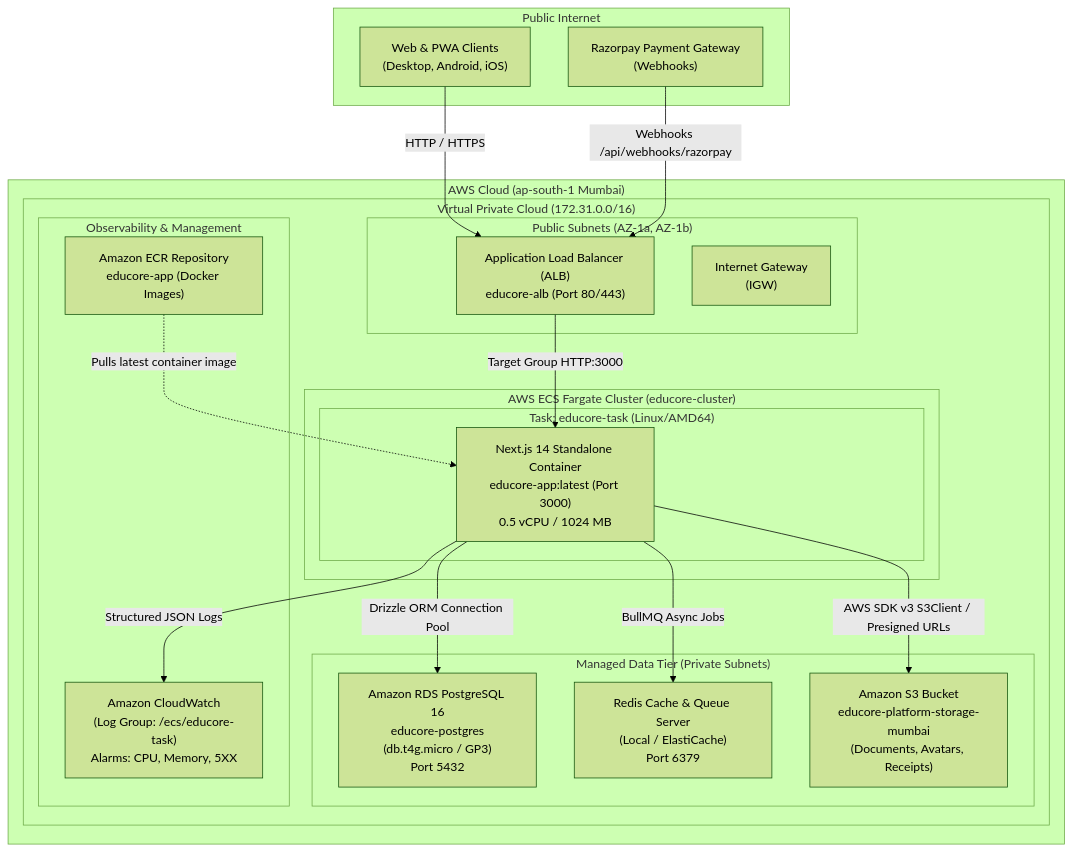
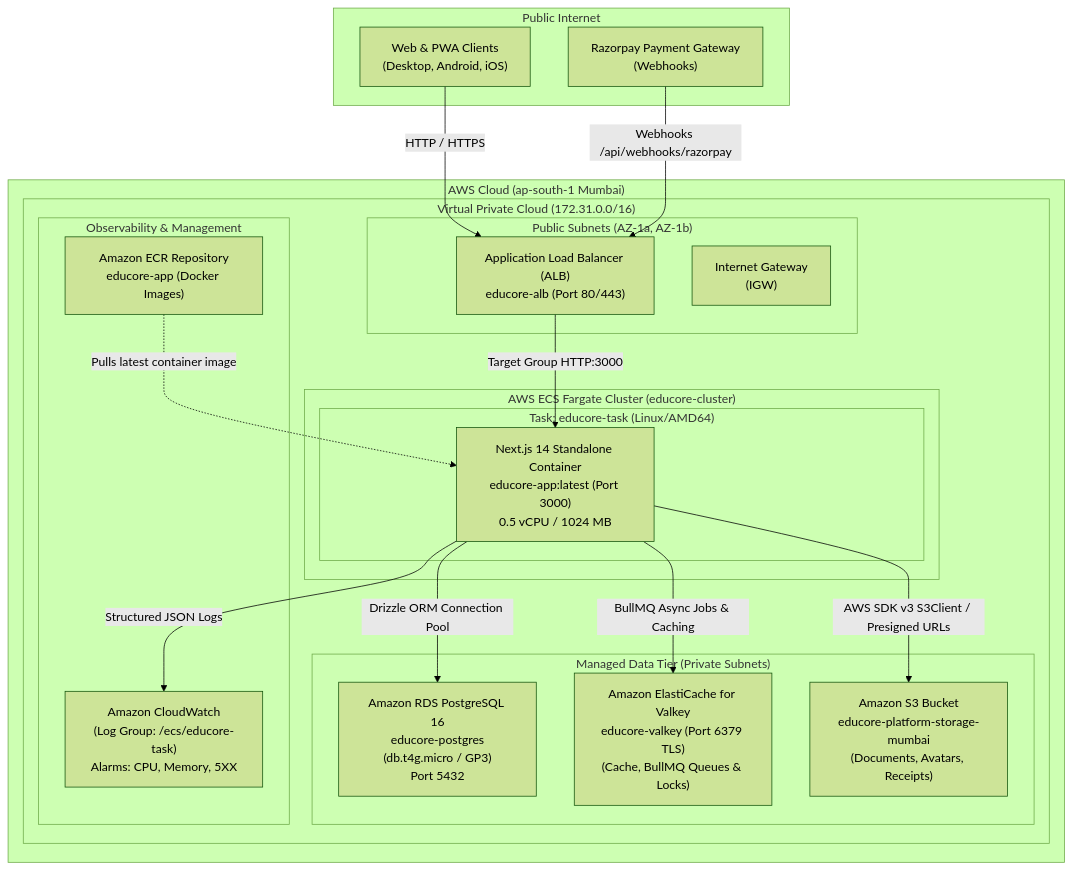
Before and after one commit to cascadetechnologiesbackend-ship-it/Edu_core: the diagram in docs/manuals/01_infrastructure_and_devops_manual.md, drawn with Mermaid (forest theme). The commit also changed other lines of this file and 9 other files, not shown here.

Commit message:
feat(infra): adopt Amazon ElastiCache for Valkey across AWS infrastructure and backend services

````diff
--- a/docs/manuals/01_infrastructure_and_devops_manual.md
+++ b/docs/manuals/01_infrastructure_and_devops_manual.md
@@ -17,43 +17,43 @@
 ```mermaid
 flowchart TB
     subgraph Internet ["Public Internet"]
         ClientWeb["Web & PWA Clients\n(Desktop, Android, iOS)"]
         PaymentGW["Razorpay Payment Gateway\n(Webhooks)"]
     end
 
     subgraph AWS ["AWS Cloud (ap-south-1 Mumbai)"]
         subgraph VPC ["Virtual Private Cloud (172.31.0.0/16)"]
             
             subgraph PublicSubnets ["Public Subnets (AZ-1a, AZ-1b)"]
                 ALB["Application Load Balancer (ALB)\neducore-alb (Port 80/443)"]
                 NATGW["Internet Gateway\n(IGW)"]
             end
 
             subgraph ECSCluster ["AWS ECS Fargate Cluster (educore-cluster)"]
                 subgraph ECSTasks ["Task: educore-task (Linux/AMD64)"]
                     NextApp["Next.js 14 Standalone Container\neducore-app:latest (Port 3000)\n0.5 vCPU / 1024 MB"]
                 end
             end
 
             subgraph StorageData ["Managed Data Tier (Private Subnets)"]
                 RDS["Amazon RDS PostgreSQL 16\neducore-postgres\n(db.t4g.micro / GP3)\nPort 5432"]
-                Redis["Redis Cache & Queue Server\n(Local / ElastiCache)\nPort 6379"]
+                Valkey["Amazon ElastiCache for Valkey\neducore-valkey (Port 6379 TLS)\n(Cache, BullMQ Queues & Locks)"]
                 S3["Amazon S3 Bucket\neducore-platform-storage-mumbai\n(Documents, Avatars, Receipts)"]
             end
 
             subgraph Observability ["Observability & Management"]
                 CW["Amazon CloudWatch\n(Log Group: /ecs/educore-task)\nAlarms: CPU, Memory, 5XX"]
                 ECR["Amazon ECR Repository\neducore-app (Docker Images)"]
             end
         end
     end
 
     ClientWeb -->|HTTP / HTTPS| ALB
     PaymentGW -->|Webhooks /api/webhooks/razorpay| ALB
     ALB -->|Target Group HTTP:3000| NextApp
     NextApp -->|Drizzle ORM Connection Pool| RDS
-    NextApp -->|BullMQ Async Jobs| Redis
+    NextApp -->|BullMQ Async Jobs & Caching| Valkey
     NextApp -->|AWS SDK v3 S3Client / Presigned URLs| S3
     NextApp -->|Structured JSON Logs| CW
     ECR -.->|Pulls latest container image| NextApp
 ```
````
